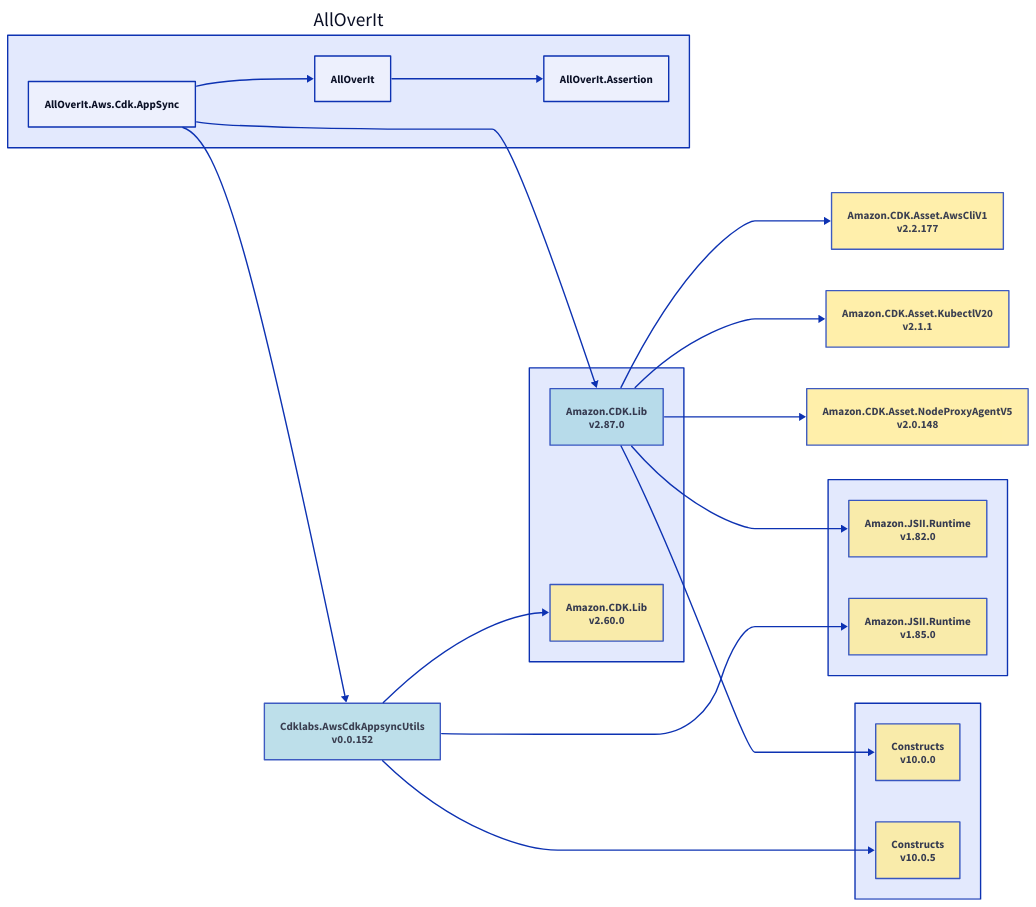
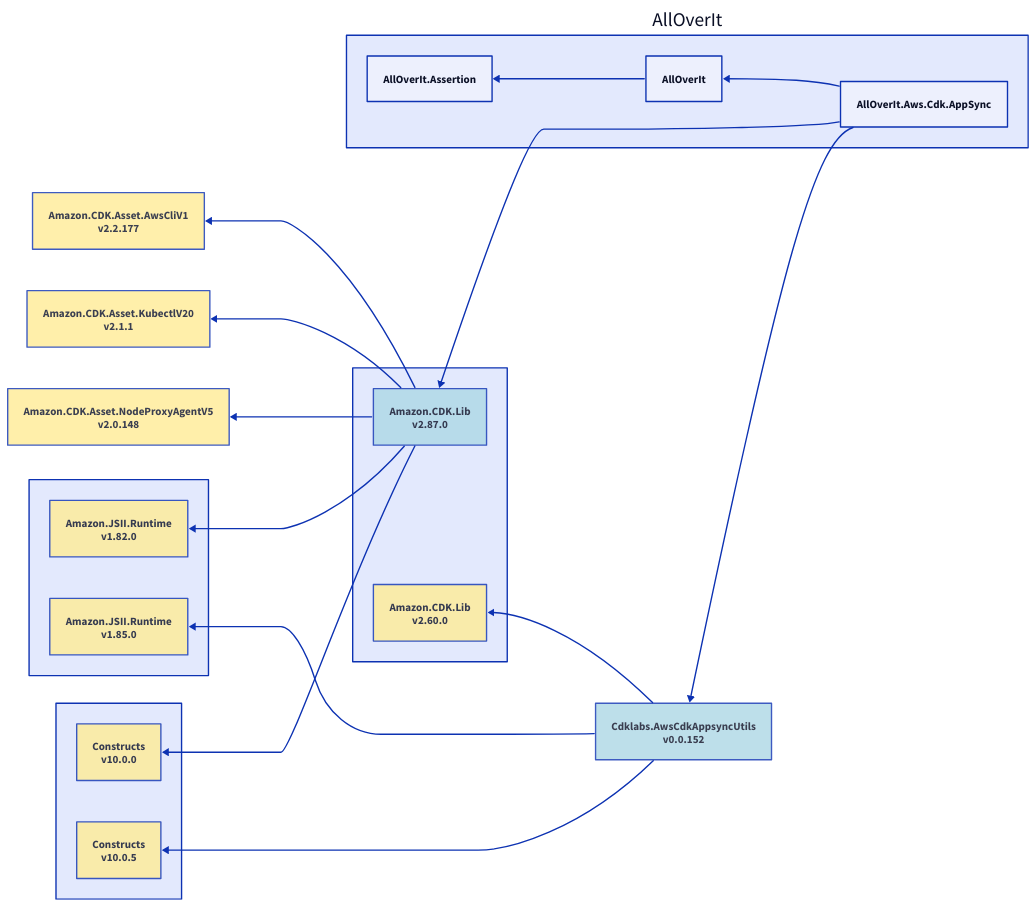
The diagram in Docs/Dependencies/alloverit-aws-cdk-appsync.d2 (mjfreelancing/AllOverIt), drawn with D2 before and after one commit. The commit also changed 58 other files, not shown here.

Commit message:
Reverse dependency diagram direction

```diff
--- a/Docs/Dependencies/alloverit-aws-cdk-appsync.d2
+++ b/Docs/Dependencies/alloverit-aws-cdk-appsync.d2
@@ -1,51 +1,51 @@
-direction: right
+direction: left
 
 aoi: AllOverIt
 aoi.alloverit-aws-cdk-appsync: AllOverIt.Aws.Cdk.AppSync
 amazon-cdk-lib-group: ""
 amazon-cdk-lib-group.amazon-cdk-lib_2-87-0: Amazon.CDK.Lib\nv2.87.0
 amazon-cdk-lib-group.amazon-cdk-lib_2-87-0.style.fill: "#ADD8E6"
 amazon-cdk-lib-group.amazon-cdk-lib_2-87-0.style.opacity: 0.8
 amazon-cdk-asset-awscliv1_2-2-177: Amazon.CDK.Asset.AwsCliV1\nv2.2.177
 amazon-cdk-asset-awscliv1_2-2-177.style.fill: "#FFEC96"
 amazon-cdk-asset-awscliv1_2-2-177.style.opacity: 0.8
 amazon-cdk-asset-awscliv1_2-2-177 <- amazon-cdk-lib-group.amazon-cdk-lib_2-87-0
 amazon-cdk-asset-kubectlv20_2-1-1: Amazon.CDK.Asset.KubectlV20\nv2.1.1
 amazon-cdk-asset-kubectlv20_2-1-1.style.fill: "#FFEC96"
 amazon-cdk-asset-kubectlv20_2-1-1.style.opacity: 0.8
 amazon-cdk-asset-kubectlv20_2-1-1 <- amazon-cdk-lib-group.amazon-cdk-lib_2-87-0
 amazon-cdk-asset-nodeproxyagentv5_2-0-148: Amazon.CDK.Asset.NodeProxyAgentV5\nv2.0.148
 amazon-cdk-asset-nodeproxyagentv5_2-0-148.style.fill: "#FFEC96"
 amazon-cdk-asset-nodeproxyagentv5_2-0-148.style.opacity: 0.8
 amazon-cdk-asset-nodeproxyagentv5_2-0-148 <- amazon-cdk-lib-group.amazon-cdk-lib_2-87-0
 amazon-jsii-runtime-group: ""
 amazon-jsii-runtime-group.amazon-jsii-runtime_1-82-0: Amazon.JSII.Runtime\nv1.82.0
 amazon-jsii-runtime-group.amazon-jsii-runtime_1-82-0.style.fill: "#FFEC96"
 amazon-jsii-runtime-group.amazon-jsii-runtime_1-82-0.style.opacity: 0.8
 amazon-jsii-runtime-group.amazon-jsii-runtime_1-82-0 <- amazon-cdk-lib-group.amazon-cdk-lib_2-87-0
 constructs-group: ""
 constructs-group.constructs_10-0-0: Constructs\nv10.0.0
 constructs-group.constructs_10-0-0.style.fill: "#FFEC96"
 constructs-group.constructs_10-0-0.style.opacity: 0.8
 constructs-group.constructs_10-0-0 <- amazon-cdk-lib-group.amazon-cdk-lib_2-87-0
 amazon-cdk-lib-group.amazon-cdk-lib_2-87-0 <- aoi.alloverit-aws-cdk-appsync
 cdklabs-awscdkappsyncutils_0-0-152: Cdklabs.AwsCdkAppsyncUtils\nv0.0.152
 cdklabs-awscdkappsyncutils_0-0-152.style.fill: "#ADD8E6"
 cdklabs-awscdkappsyncutils_0-0-152.style.opacity: 0.8
 amazon-cdk-lib-group.amazon-cdk-lib_2-60-0: Amazon.CDK.Lib\nv2.60.0
 amazon-cdk-lib-group.amazon-cdk-lib_2-60-0.style.fill: "#FFEC96"
 amazon-cdk-lib-group.amazon-cdk-lib_2-60-0.style.opacity: 0.8
 amazon-cdk-lib-group.amazon-cdk-lib_2-60-0 <- cdklabs-awscdkappsyncutils_0-0-152
 amazon-jsii-runtime-group.amazon-jsii-runtime_1-85-0: Amazon.JSII.Runtime\nv1.85.0
 amazon-jsii-runtime-group.amazon-jsii-runtime_1-85-0.style.fill: "#FFEC96"
 amazon-jsii-runtime-group.amazon-jsii-runtime_1-85-0.style.opacity: 0.8
 amazon-jsii-runtime-group.amazon-jsii-runtime_1-85-0 <- cdklabs-awscdkappsyncutils_0-0-152
 constructs-group.constructs_10-0-5: Constructs\nv10.0.5
 constructs-group.constructs_10-0-5.style.fill: "#FFEC96"
 constructs-group.constructs_10-0-5.style.opacity: 0.8
 constructs-group.constructs_10-0-5 <- cdklabs-awscdkappsyncutils_0-0-152
 cdklabs-awscdkappsyncutils_0-0-152 <- aoi.alloverit-aws-cdk-appsync
 aoi.alloverit: AllOverIt
 aoi.alloverit-assertion: AllOverIt.Assertion
 aoi.alloverit-assertion <- aoi.alloverit
 aoi.alloverit <- aoi.alloverit-aws-cdk-appsync
```
